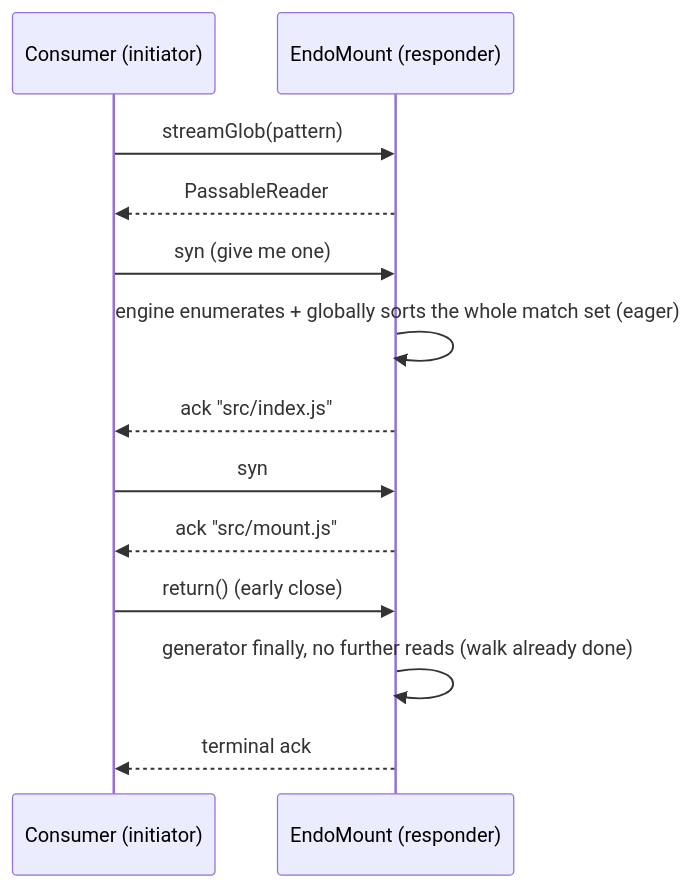
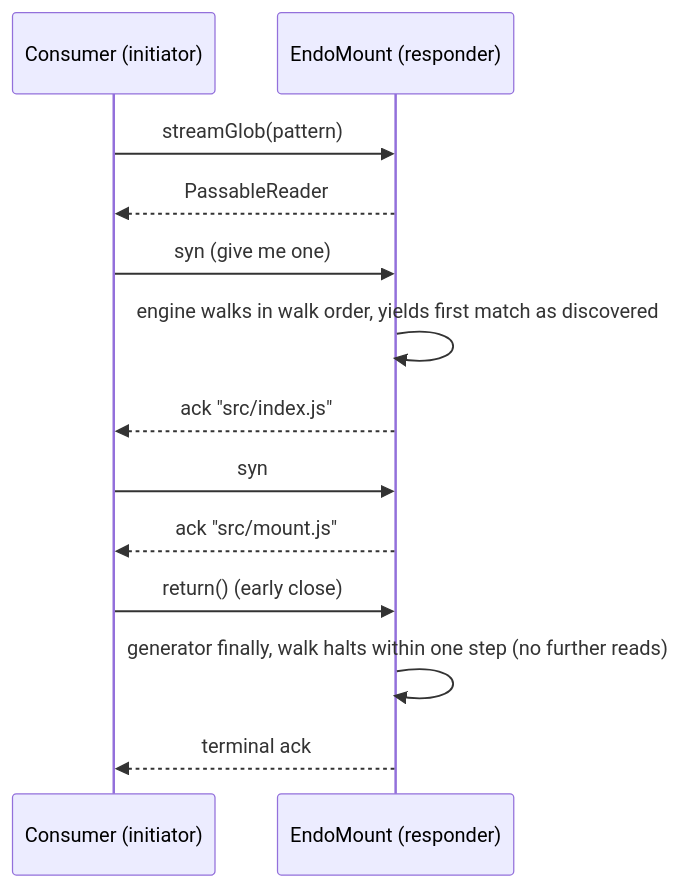
Before and after one commit to endojs/endo-but-for-bots: the diagram in designs/mount-stream-glob-grep.md, drawn with Mermaid. The commit also changed other lines of this file and 11 other files, not shown here.

````diff
--- a/designs/mount-stream-glob-grep.md
+++ b/designs/mount-stream-glob-grep.md
@@ -225,15 +229,15 @@
 ```mermaid
 sequenceDiagram
   participant C as Consumer (initiator)
   participant M as EndoMount (responder)
   C->>M: streamGlob(pattern)
   M-->>C: PassableReader
   C->>M: syn (give me one)
-  M->>M: engine enumerates + globally sorts the whole match set (eager)
+  M->>M: engine walks in walk order, yields first match as discovered
   M-->>C: ack "src/index.js"
   C->>M: syn
   M-->>C: ack "src/mount.js"
   C->>M: return() (early close)
-  M->>M: generator finally, no further reads (walk already done)
+  M->>M: generator finally, walk halts within one step (no further reads)
   M-->>C: terminal ack
 ```
````
